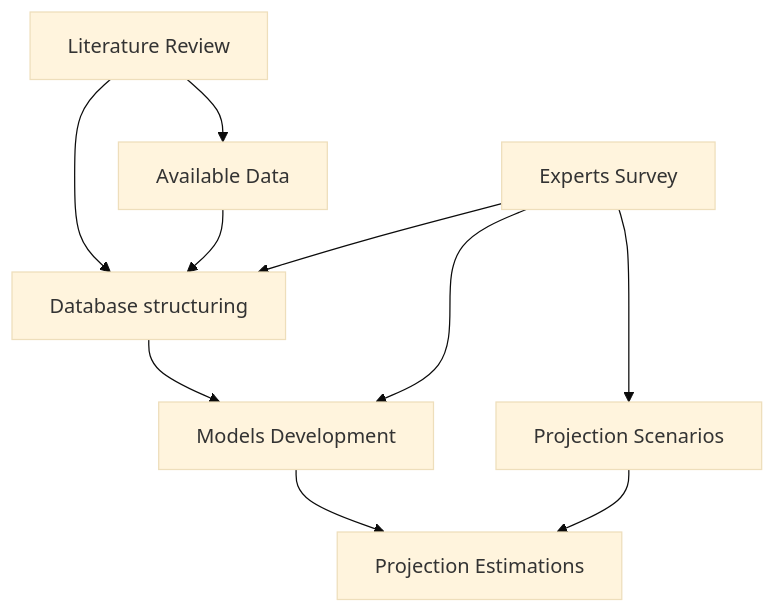
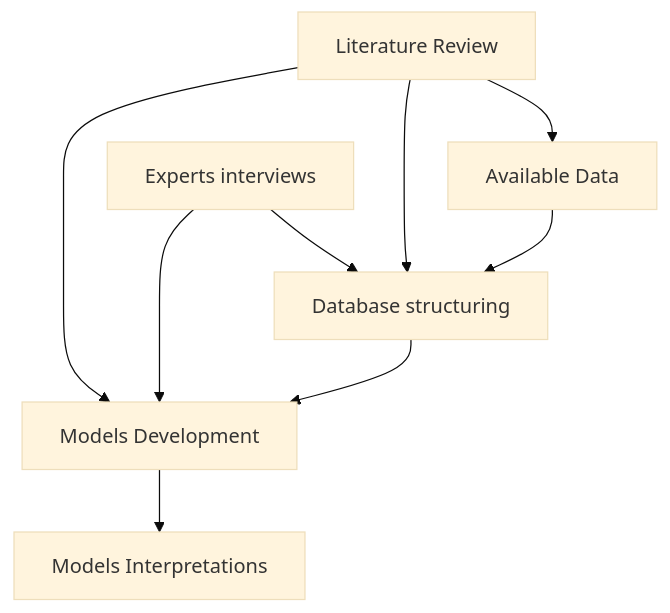
One commit to hugotseixas/tica-book changed the first of 4 diagrams in 03_methods.qmd. Above: the diagram before and after it, drawn with Mermaid (base theme). The commit also changed other lines of this file, not shown here.

````diff
--- a/03_methods.qmd
+++ b/03_methods.qmd
@@ -26,18 +26,17 @@
 ```{mermaid}
 %%| label: fig-method-diagram
-%%| fig-cap: Mermaid diagram
+%%| fig-cap: Workflow of the project
 %%| fig-responsive: true
 %%| fig-align: center
 
 flowchart TD
     A[Literature Review] --> B[Available Data]
     A[Literature Review] --> C[Database structuring]
     B[Available Data] --> C[Database structuring]
-    D[Experts Survey] --> C[Database structuring]
+    D[Experts interviews] --> C[Database structuring]
     C[Database structuring] --> E[Models Development]
-    D[Experts Survey] --> E[Models Development]
-    D[Experts Survey] --> F[Projection Scenarios]
-    E[Models Development] --> G[Projection Estimations]
-    F[Projection Scenarios] --> G[Projection Estimations]
+    A[Literature Review] --> E[Models Development]
+    D[Experts interviews] --> E[Models Development]
+    E[Models Development] --> G[Models Interpretations]
 
 ```
````
